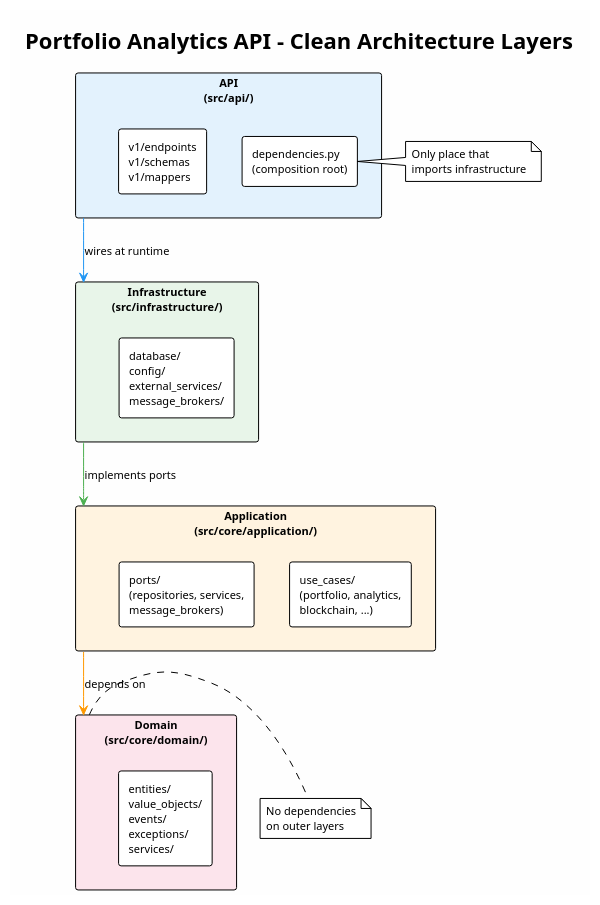
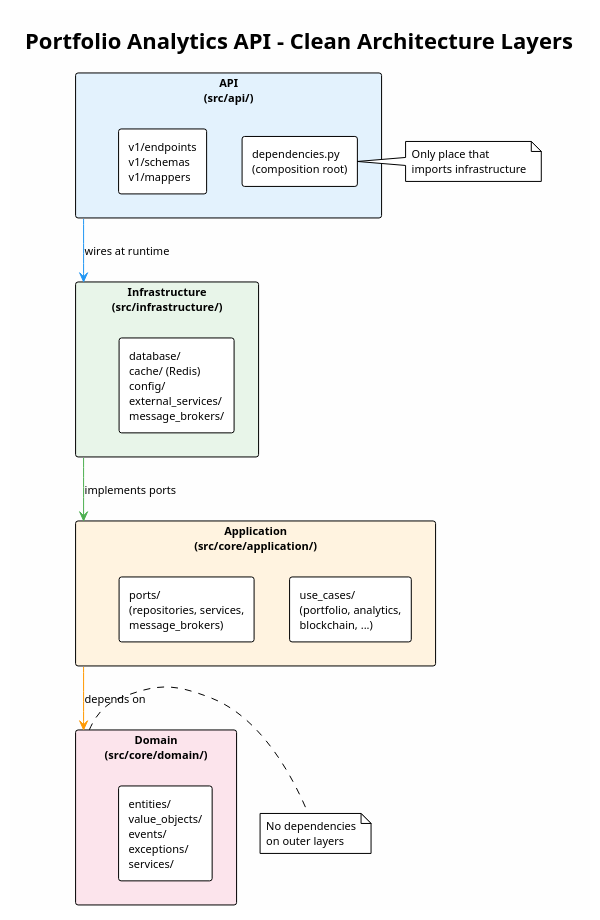
Before and after one commit to felixzhu97/finpulse: the diagram in docs/en/c4/clean-architecture-portfolio-api.puml, drawn with PlantUML. The commit also changed 23 other files, not shown here.

```diff
--- a/docs/en/c4/clean-architecture-portfolio-api.puml
+++ b/docs/en/c4/clean-architecture-portfolio-api.puml
@@ -1,40 +1,40 @@
 @startuml clean-architecture-portfolio-api
 !theme plain
 skinparam backgroundColor #FEFEFE
 skinparam defaultFontSize 11
 
 title Portfolio Analytics API - Clean Architecture Layers
 
 rectangle "**API**\n(src/api/)" as API #E3F2FD {
   rectangle "dependencies.py\n(composition root)" as DI
   rectangle "v1/endpoints\nv1/schemas\nv1/mappers" as WEB
 }
 
 rectangle "**Infrastructure**\n(src/infrastructure/)" as INFRA #E8F5E9 {
-  rectangle "database/\nconfig/\nexternal_services/\nmessage_brokers/" as INFRA_IMPL
+  rectangle "database/\ncache/ (Redis)\nconfig/\nexternal_services/\nmessage_brokers/" as INFRA_IMPL
 }
 
 rectangle "**Application**\n(src/core/application/)" as APP #FFF3E0 {
   rectangle "use_cases/\n(portfolio, analytics,\nblockchain, ...)" as UC
   rectangle "ports/\n(repositories, services,\nmessage_brokers)" as PORTS
 }
 
 rectangle "**Domain**\n(src/core/domain/)" as DOMAIN #FCE4EC {
   rectangle "entities/\nvalue_objects/\nevents/\nexceptions/\nservices/" as DOMAIN_IMPL
 }
 
 API -[#2196F3]-> INFRA : wires at runtime
 INFRA -[#4CAF50]-> APP : implements ports
 APP -[#FF9800]-> DOMAIN : depends on
 
 note right of DOMAIN
   No dependencies
   on outer layers
 end note
 
 note right of DI
   Only place that
   imports infrastructure
 end note
 
 @enduml
```
